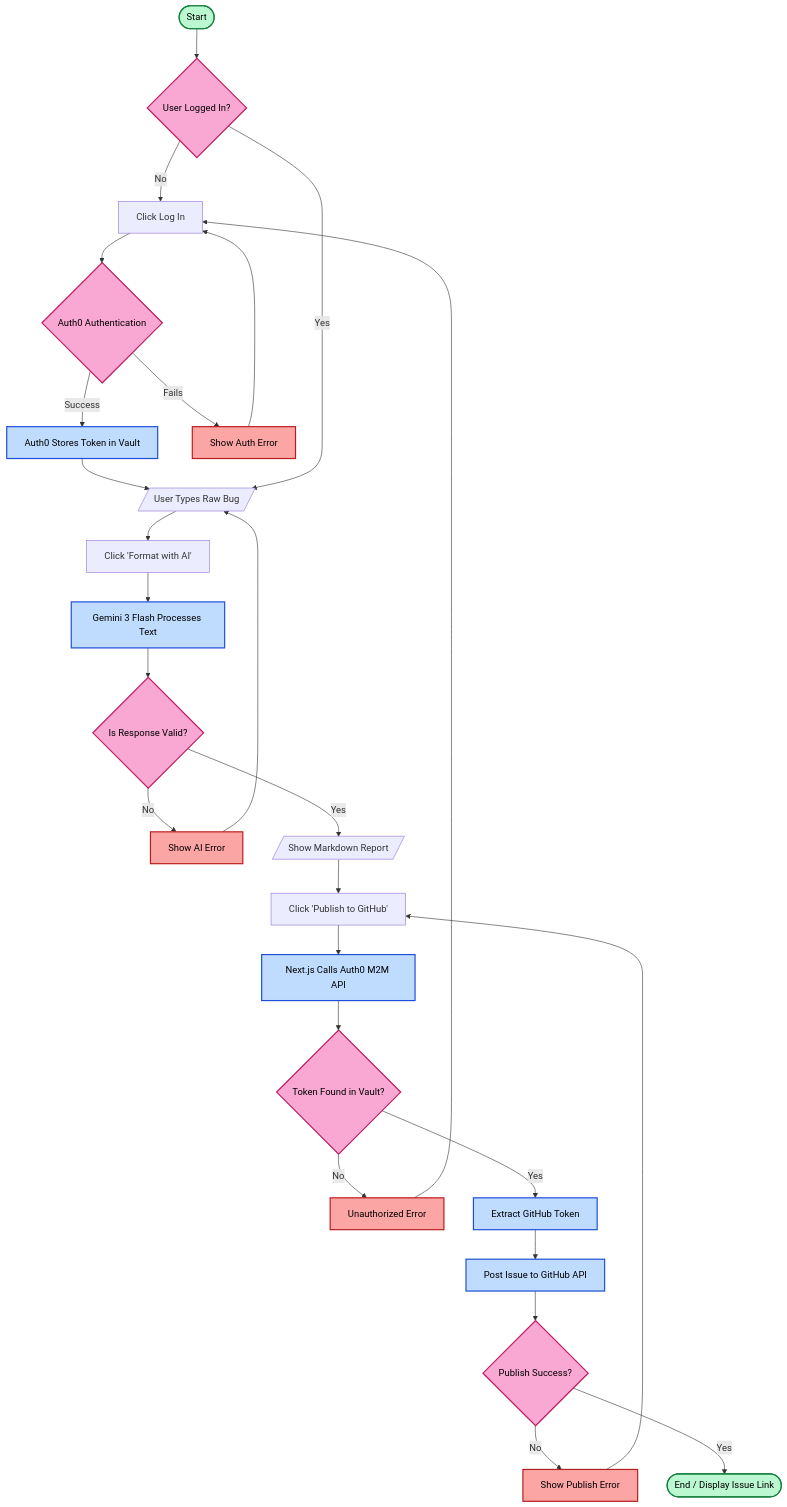
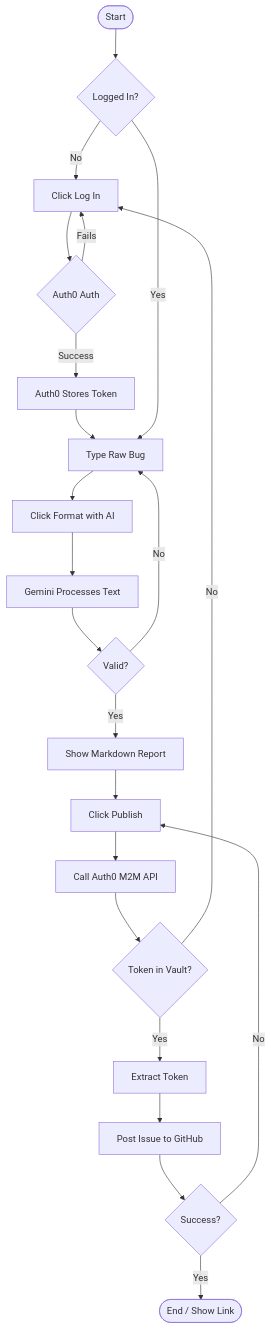
One commit to ArcVielLouvent/Vault-Tester changed the first of 2 diagrams in README.md. Above: the diagram before and after it, drawn with Mermaid. The commit also changed other lines of this file, not shown here.

Commit message:
Simplify Mermaid syntax to match GitHub docs

````diff
--- a/README.md
+++ b/README.md
@@ -34,46 +35,24 @@
 ```mermaid
 graph TD;
-    %% Styling agar teks hitam dan jelas terbaca di Dark Mode
-    classDef startend fill:#bbf7d0,stroke:#15803d,stroke-width:2px,color:#000
-    classDef decision fill:#f9a8d4,stroke:#be185d,stroke-width:2px,color:#000
-    classDef process fill:#bfdbfe,stroke:#1d4ed8,stroke-width:2px,color:#000
-    classDef error fill:#fca5a5,stroke:#b91c1c,stroke-width:2px,color:#000
-
-    Start([Start]) --> IsLogged{User Logged In?}
-    
-    %% Alur jika belum login
-    IsLogged -- No --> Login[Click Log In]
-    Login --> Auth0{Auth0 Authentication}
-    Auth0 -- Success --> StoreToken[Auth0 Stores Token in Vault]
-    Auth0 -- Fails --> ErrorAuth[Show Auth Error]
-    ErrorAuth --> Login
-    StoreToken --> InputBug
-    
-    %% Alur jika sudah login
-    IsLogged -- Yes --> InputBug[/User Types Raw Bug/]
-    InputBug --> ClickAI[Click 'Format with AI']
-    ClickAI --> Gemini[Gemini 3 Flash Processes Text]
-    
-    Gemini --> Valid{Is Response Valid?}
-    Valid -- No --> ErrorAI[Show AI Error] --> InputBug
-    Valid -- Yes --> ShowMD[/Show Markdown Report/]
-    
-    ShowMD --> ClickPub[Click 'Publish to GitHub']
-    ClickPub --> CallM2M[Next.js Calls Auth0 M2M API]
-    
-    CallM2M --> HasToken{Token Found in Vault?}
-    HasToken -- No --> ErrorToken[Unauthorized Error] --> Login
-    HasToken -- Yes --> GetToken[Extract GitHub Token]
-    
-    GetToken --> PostGH[Post Issue to GitHub API]
-    PostGH --> SuccessGH{Publish Success?}
-    
-    SuccessGH -- No --> ErrorGH[Show Publish Error] --> ClickPub
-    SuccessGH -- Yes --> End([End / Display Issue Link])
-
-    %% Menerapkan style ke node
-    class Start,End startend;
-    class IsLogged,Auth0,Valid,HasToken,SuccessGH decision;
-    class StoreToken,Gemini,CallM2M,GetToken,PostGH process;
-    class ErrorAuth,ErrorAI,ErrorToken,ErrorGH error;
+    A([Start])-->B{Logged In?};
+    B-- No -->C[Click Log In];
+    C-->D{Auth0 Auth};
+    D-- Success -->E[Auth0 Stores Token];
+    D-- Fails -->C;
+    E-->F[Type Raw Bug];
+    B-- Yes -->F;
+    F-->G[Click Format with AI];
+    G-->H[Gemini Processes Text];
+    H-->I{Valid?};
+    I-- No -->F;
+    I-- Yes -->J[Show Markdown Report];
+    J-->K[Click Publish];
+    K-->L[Call Auth0 M2M API];
+    L-->M{Token in Vault?};
+    M-- No -->C;
+    M-- Yes -->N[Extract Token];
+    N-->O[Post Issue to GitHub];
+    O-->P{Success?};
+    P-- No -->K;
+    P-- Yes -->Q([End / Show Link]);
 ```
````
